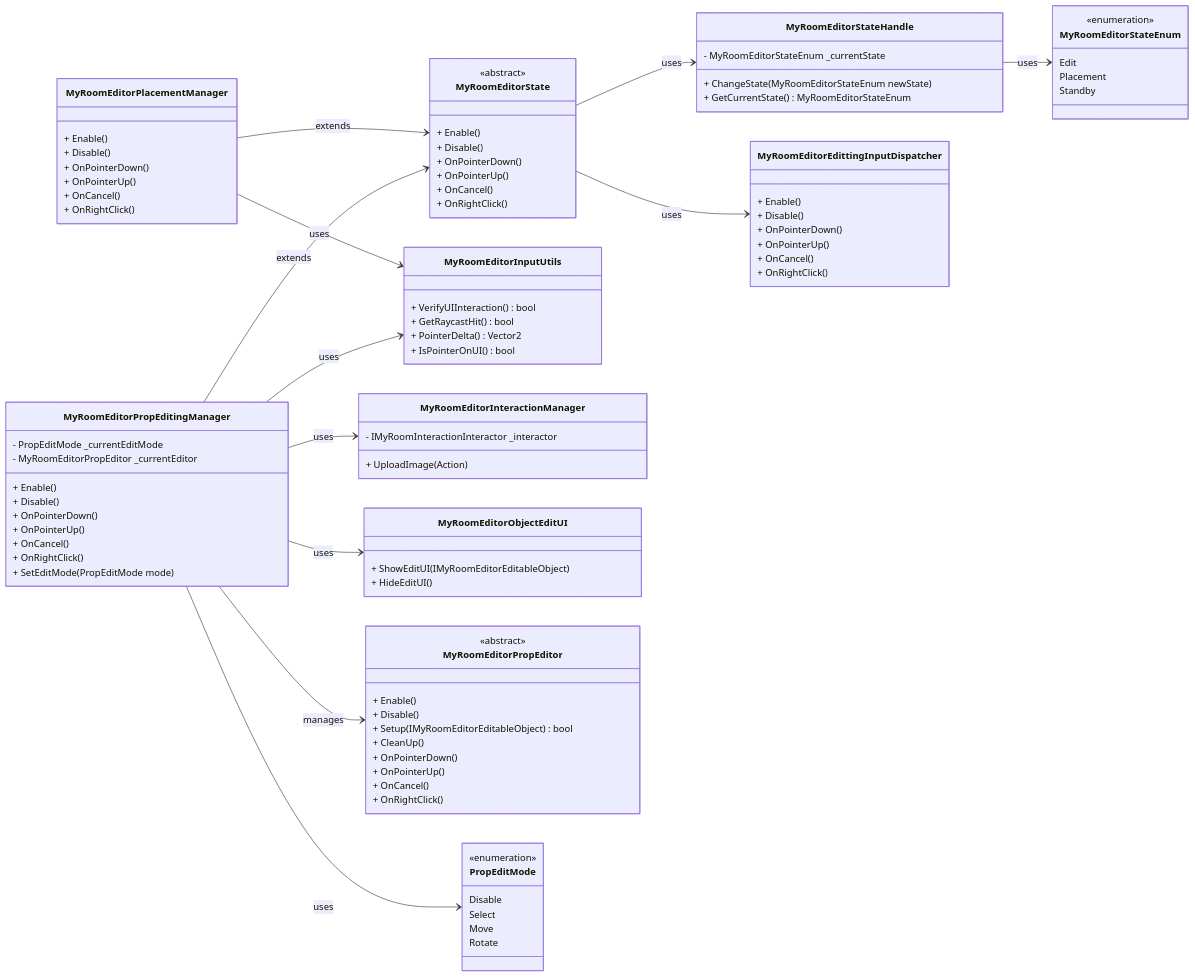
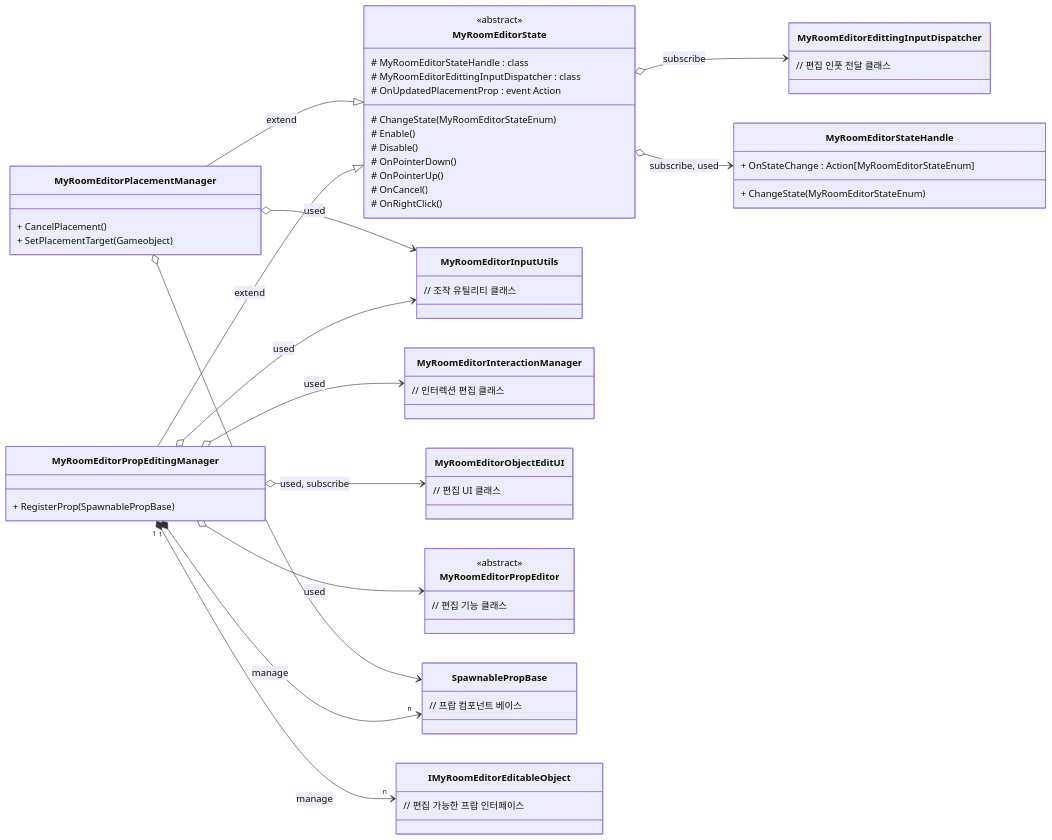
Before and after one commit to CosmicGiantKoala/CosmicGiantKoala.github.io: the first of 7 diagrams in content/docs/Projects/Rfice/HousingSystem/Overview.md, drawn with Mermaid. The commit also changed other lines of this file, not shown here.

Commit message:
MyRoomEditor UML 다이어그램 업데이트

````diff
--- a/content/docs/Projects/Rfice/HousingSystem/Overview.md
+++ b/content/docs/Projects/Rfice/HousingSystem/Overview.md
@@ -95,103 +95,75 @@
     direction LR
     class MyRoomEditorState {
         <<abstract>>
-        + Enable()
-        + Disable()
-        + OnPointerDown()
-        + OnPointerUp()
-        + OnCancel()
-        + OnRightClick()
+        # MyRoomEditorStateHandle : class
+        # MyRoomEditorEdittingInputDispatcher : class
+        # OnUpdatedPlacementProp : event Action
+        # ChangeState(MyRoomEditorStateEnum)
+        # Enable()
+        # Disable()
+        # OnPointerDown()
+        # OnPointerUp()
+        # OnCancel()
+        # OnRightClick()
+    }
+
+    class MyRoomEditorStateHandle {
+        + OnStateChange : Action[MyRoomEditorStateEnum]
+        + ChangeState(MyRoomEditorStateEnum)
+    }
+
+
+    class MyRoomEditorEdittingInputDispatcher {
+        // 편집 인풋 전달 클래스
     }
 
     class MyRoomEditorPlacementManager {
-        + Enable()
-        + Disable()
-        + OnPointerDown()
-        + OnPointerUp()
-        + OnCancel()
-        + OnRightClick()
+        + CancelPlacement()
+        + SetPlacementTarget(Gameobject)
     }
 
     class MyRoomEditorPropEditingManager {
-        - PropEditMode _currentEditMode
-        - MyRoomEditorPropEditor _currentEditor
-        + Enable()
-        + Disable()
-        + OnPointerDown()
-        + OnPointerUp()
-        + OnCancel()
-        + OnRightClick()
-        + SetEditMode(PropEditMode mode)
-    }
-
-    class MyRoomEditorStateHandle {
-        - MyRoomEditorStateEnum _currentState
-        + ChangeState(MyRoomEditorStateEnum newState)
-        + GetCurrentState() MyRoomEditorStateEnum
-    }
-
-    class MyRoomEditorEdittingInputDispatcher {
-        + Enable()
-        + Disable()
-        + OnPointerDown()
-        + OnPointerUp()
-        + OnCancel()
-        + OnRightClick()
+        + RegisterProp(SpawnablePropBase)
     }
 
     class MyRoomEditorInputUtils {
-        + VerifyUIInteraction() bool
-        + GetRaycastHit() bool
-        + PointerDelta() Vector2
-        + IsPointerOnUI() bool
+        // 조작 유틸리티 클래스
     }
 
     class MyRoomEditorInteractionManager {
-        - IMyRoomInteractionInteractor _interactor
-        + UploadImage(Action<string>)
+        // 인터렉션 편집 클래스
     }
 
     class MyRoomEditorObjectEditUI {
-        + ShowEditUI(IMyRoomEditorEditableObject)
-        + HideEditUI()
+        // 편집 UI 클래스
     }
 
     class MyRoomEditorPropEditor {
         <<abstract>>
-        + Enable()
-        + Disable()
-        + Setup(IMyRoomEditorEditableObject) bool
-        + CleanUp()
-        + OnPointerDown()
-        + OnPointerUp()
-        + OnCancel()
-        + OnRightClick()
+        // 편집 기능 클래스
+    }
+    
+    class SpawnablePropBase{
+        // 프랍 컴포넌트 베이스
+    }
+    
+    class IMyRoomEditorEditableObject{
+        // 편집 가능한 프랍 인터페이스
     }
 
-    class PropEditMode {
-        <<enumeration>>
-        Disable
-        Select
-        Move
-        Rotate
-    }
-
-    class MyRoomEditorStateEnum {
-        <<enumeration>>
-        Edit
-        Placement
-        Standby
-    }
-
-    MyRoomEditorPlacementManager --> MyRoomEditorState : extends
-    MyRoomEditorPropEditingManager --> MyRoomEditorState : extends
-    MyRoomEditorState --> MyRoomEditorEdittingInputDispatcher : uses
-    MyRoomEditorState --> MyRoomEditorStateHandle : uses
-    MyRoomEditorStateHandle --> MyRoomEditorStateEnum : uses
-    MyRoomEditorPlacementManager --> MyRoomEditorInputUtils : uses
-    MyRoomEditorPropEditingManager --> MyRoomEditorInputUtils : uses
-    MyRoomEditorPropEditingManager --> MyRoomEditorInteractionManager : uses
-    MyRoomEditorPropEditingManager --> MyRoomEditorPropEditor : manages
-    MyRoomEditorPropEditingManager --> PropEditMode : uses
-    MyRoomEditorPropEditingManager --> MyRoomEditorObjectEditUI : uses
+    MyRoomEditorState o--> MyRoomEditorEdittingInputDispatcher : subscribe
+    MyRoomEditorState o--> MyRoomEditorStateHandle : subscribe, used
+    
+    MyRoomEditorPlacementManager --|> MyRoomEditorState : extend
+    MyRoomEditorPlacementManager o--> MyRoomEditorInputUtils : used
+    MyRoomEditorPlacementManager o--> SpawnablePropBase
+    
+    MyRoomEditorPropEditingManager --|> MyRoomEditorState : extend
+    MyRoomEditorPropEditingManager o--> MyRoomEditorInputUtils : used
+    MyRoomEditorPropEditingManager o--> MyRoomEditorInteractionManager : used
+    MyRoomEditorPropEditingManager o--> MyRoomEditorPropEditor : used
+    MyRoomEditorPropEditingManager o--> MyRoomEditorObjectEditUI : used, subscribe
+    MyRoomEditorPropEditingManager "1" *--> "n" SpawnablePropBase : manage
+    MyRoomEditorPropEditingManager "1" *--> "n" IMyRoomEditorEditableObject : manage
+      
 ```
````
